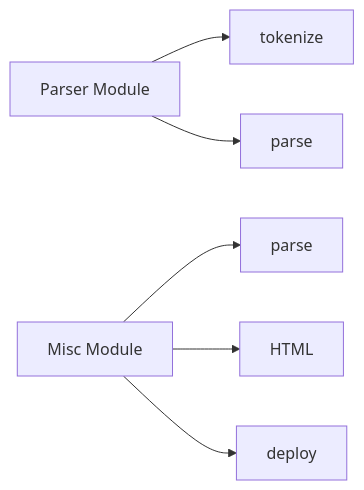
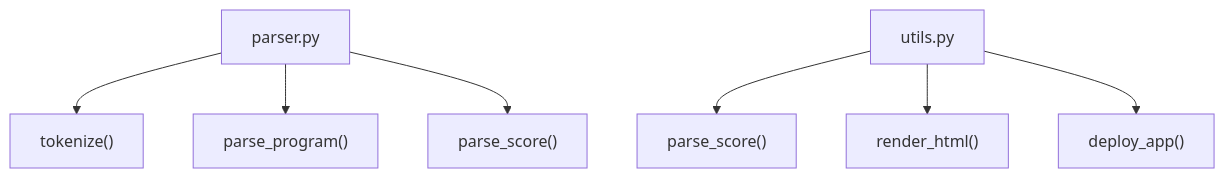
One commit to kentcs/software-engineering changed the sixth of 7 diagrams in docs/slides/lecture-16-design-principles-solid-and-modularity.md. Above: the diagram before and after it, drawn with Mermaid. The commit also changed other lines of this file and 9 other files, not shown here.

````diff
--- a/docs/slides/lecture-16-design-principles-solid-and-modularity.md
+++ b/docs/slides/lecture-16-design-principles-solid-and-modularity.md
@@ -617,8 +623,9 @@
 ```mermaid
-flowchart LR
-    good[Parser Module] --> p1[tokenize]
-    good --> p2[parse]
-    bad[Misc Module] --> m1[parse]
-    bad --> m2[HTML]
-    bad --> m3[deploy]
+flowchart TD
+    good["parser.py"] --> p1["tokenize()"]
+    good --> p2["parse_program()"]
+    good --> p3["parse_score()"]
+    bad["utils.py"] --> m1["parse_score()"]
+    bad --> m2["render_html()"]
+    bad --> m3["deploy_app()"]
 ```
````
